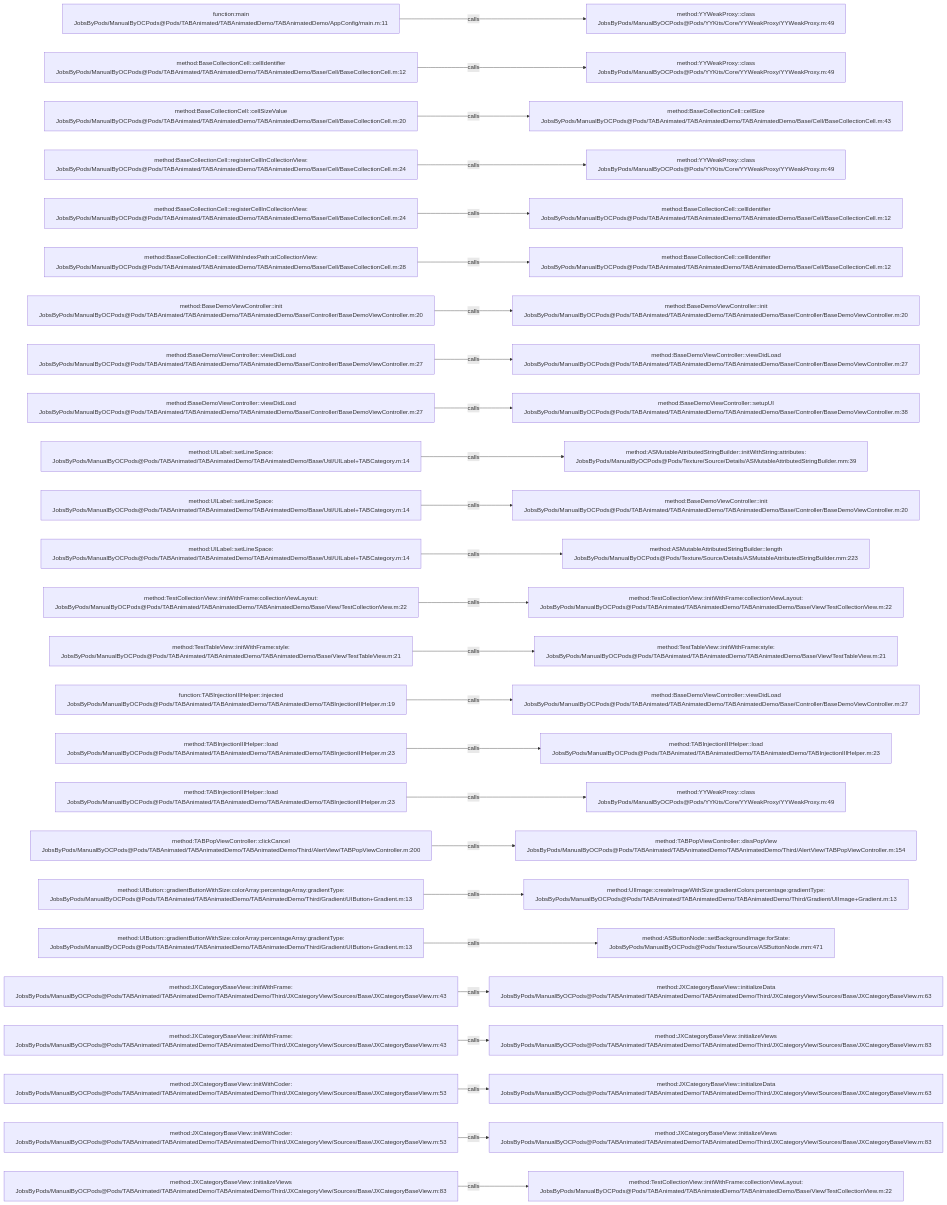
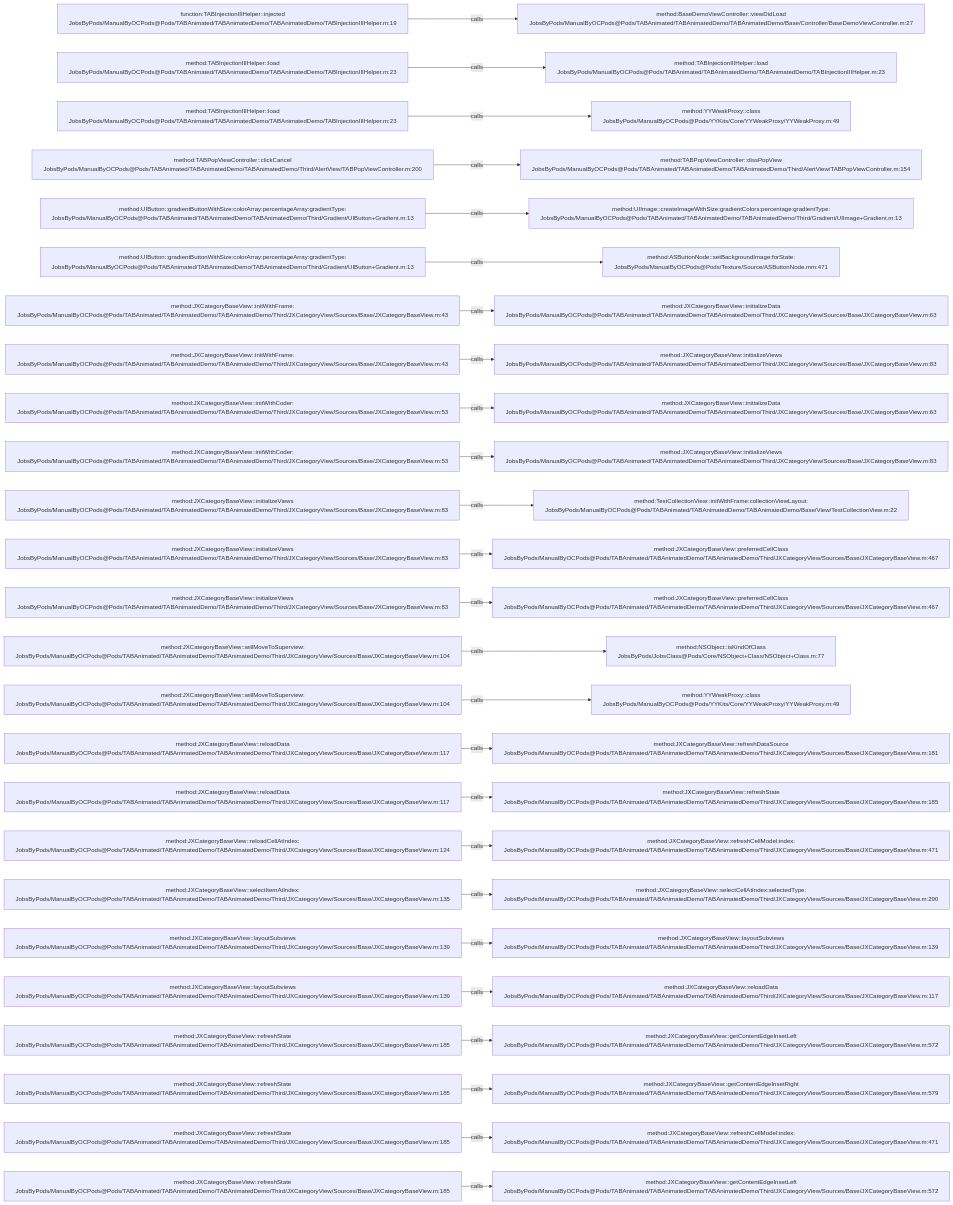
One commit to JobsKits/JobsOCBaseConfigDemo changed the diagram in .codegraph/codegraph.md/graphs/calls-042.md. Above: the diagram before and after it, drawn with Mermaid. The commit also changed 296 other files, not shown here.

````diff
--- a/.codegraph/codegraph.md/graphs/calls-042.md
+++ b/.codegraph/codegraph.md/graphs/calls-042.md
@@ -13,78 +13,78 @@
 ```mermaid
 flowchart LR
-  S1["function:main<br/>JobsByPods/ManualByOCPods@Pods/TABAnimated/TABAnimatedDemo/TABAnimatedDemo/AppConfig/main.m:11"]
-  T1["method:YYWeakProxy::class<br/>JobsByPods/ManualByOCPods@Pods/YYKits/Core/YYWeakProxy/YYWeakProxy.m:49"]
+  S1["function:TABInjectionIIIHelper::injected<br/>JobsByPods/ManualByOCPods@Pods/TABAnimated/TABAnimatedDemo/TABAnimatedDemo/TABInjectionIIIHelper.m:19"]
+  T1["method:BaseDemoViewController::viewDidLoad<br/>JobsByPods/ManualByOCPods@Pods/TABAnimated/TABAnimatedDemo/TABAnimatedDemo/Base/Controller/BaseDemoViewController.m:27"]
   S1 -->|calls| T1
-  S2["method:BaseCollectionCell::cellIdentifier<br/>JobsByPods/ManualByOCPods@Pods/TABAnimated/TABAnimatedDemo/TABAnimatedDemo/Base/Cell/BaseCollectionCell.m:12"]
-  T2["method:YYWeakProxy::class<br/>JobsByPods/ManualByOCPods@Pods/YYKits/Core/YYWeakProxy/YYWeakProxy.m:49"]
+  S2["method:TABInjectionIIIHelper::load<br/>JobsByPods/ManualByOCPods@Pods/TABAnimated/TABAnimatedDemo/TABAnimatedDemo/TABInjectionIIIHelper.m:23"]
+  T2["method:TABInjectionIIIHelper::load<br/>JobsByPods/ManualByOCPods@Pods/TABAnimated/TABAnimatedDemo/TABAnimatedDemo/TABInjectionIIIHelper.m:23"]
   S2 -->|calls| T2
-  S3["method:BaseCollectionCell::cellSizeValue<br/>JobsByPods/ManualByOCPods@Pods/TABAnimated/TABAnimatedDemo/TABAnimatedDemo/Base/Cell/BaseCollectionCell.m:20"]
-  T3["method:BaseCollectionCell::cellSize<br/>JobsByPods/ManualByOCPods@Pods/TABAnimated/TABAnimatedDemo/TABAnimatedDemo/Base/Cell/BaseCollectionCell.m:43"]
+  S3["method:TABInjectionIIIHelper::load<br/>JobsByPods/ManualByOCPods@Pods/TABAnimated/TABAnimatedDemo/TABAnimatedDemo/TABInjectionIIIHelper.m:23"]
+  T3["method:YYWeakProxy::class<br/>JobsByPods/ManualByOCPods@Pods/YYKits/Core/YYWeakProxy/YYWeakProxy.m:49"]
   S3 -->|calls| T3
-  S4["method:BaseCollectionCell::registerCellInCollectionView:<br/>JobsByPods/ManualByOCPods@Pods/TABAnimated/TABAnimatedDemo/TABAnimatedDemo/Base/Cell/BaseCollectionCell.m:24"]
-  T4["method:YYWeakProxy::class<br/>JobsByPods/ManualByOCPods@Pods/YYKits/Core/YYWeakProxy/YYWeakProxy.m:49"]
+  S4["method:TABPopViewController::clickCancel<br/>JobsByPods/ManualByOCPods@Pods/TABAnimated/TABAnimatedDemo/TABAnimatedDemo/Third/AlertView/TABPopViewController.m:200"]
+  T4["method:TABPopViewController::dissPopView<br/>JobsByPods/ManualByOCPods@Pods/TABAnimated/TABAnimatedDemo/TABAnimatedDemo/Third/AlertView/TABPopViewController.m:154"]
   S4 -->|calls| T4
-  S5["method:BaseCollectionCell::registerCellInCollectionView:<br/>JobsByPods/ManualByOCPods@Pods/TABAnimated/TABAnimatedDemo/TABAnimatedDemo/Base/Cell/BaseCollectionCell.m:24"]
-  T5["method:BaseCollectionCell::cellIdentifier<br/>JobsByPods/ManualByOCPods@Pods/TABAnimated/TABAnimatedDemo/TABAnimatedDemo/Base/Cell/BaseCollectionCell.m:12"]
+  S5["method:UIButton::gradientButtonWithSize:colorArray:percentageArray:gradientType:<br/>JobsByPods/ManualByOCPods@Pods/TABAnimated/TABAnimatedDemo/TABAnimatedDemo/Third/Gradient/UIButton+Gradient.m:13"]
+  T5["method:UIImage::createImageWithSize:gradientColors:percentage:gradientType:<br/>JobsByPods/ManualByOCPods@Pods/TABAnimated/TABAnimatedDemo/TABAnimatedDemo/Third/Gradient/UIImage+Gradient.m:13"]
   S5 -->|calls| T5
-  S6["method:BaseCollectionCell::cellWithIndexPath:atCollectionView:<br/>JobsByPods/ManualByOCPods@Pods/TABAnimated/TABAnimatedDemo/TABAnimatedDemo/Base/Cell/BaseCollectionCell.m:28"]
-  T6["method:BaseCollectionCell::cellIdentifier<br/>JobsByPods/ManualByOCPods@Pods/TABAnimated/TABAnimatedDemo/TABAnimatedDemo/Base/Cell/BaseCollectionCell.m:12"]
+  S6["method:UIButton::gradientButtonWithSize:colorArray:percentageArray:gradientType:<br/>JobsByPods/ManualByOCPods@Pods/TABAnimated/TABAnimatedDemo/TABAnimatedDemo/Third/Gradient/UIButton+Gradient.m:13"]
+  T6["method:ASButtonNode::setBackgroundImage:forState:<br/>JobsByPods/ManualByOCPods@Pods/Texture/Source/ASButtonNode.mm:471"]
   S6 -->|calls| T6
-  S7["method:BaseDemoViewController::init<br/>JobsByPods/ManualByOCPods@Pods/TABAnimated/TABAnimatedDemo/TABAnimatedDemo/Base/Controller/BaseDemoViewController.m:20"]
-  T7["method:BaseDemoViewController::init<br/>JobsByPods/ManualByOCPods@Pods/TABAnimated/TABAnimatedDemo/TABAnimatedDemo/Base/Controller/BaseDemoViewController.m:20"]
+  S7["method:JXCategoryBaseView::initWithFrame:<br/>JobsByPods/ManualByOCPods@Pods/TABAnimated/TABAnimatedDemo/TABAnimatedDemo/Third/JXCategoryView/Sources/Base/JXCategoryBaseView.m:43"]
+  T7["method:JXCategoryBaseView::initializeData<br/>JobsByPods/ManualByOCPods@Pods/TABAnimated/TABAnimatedDemo/TABAnimatedDemo/Third/JXCategoryView/Sources/Base/JXCategoryBaseView.m:63"]
   S7 -->|calls| T7
-  S8["method:BaseDemoViewController::viewDidLoad<br/>JobsByPods/ManualByOCPods@Pods/TABAnimated/TABAnimatedDemo/TABAnimatedDemo/Base/Controller/BaseDemoViewController.m:27"]
-  T8["method:BaseDemoViewController::viewDidLoad<br/>JobsByPods/ManualByOCPods@Pods/TABAnimated/TABAnimatedDemo/TABAnimatedDemo/Base/Controller/BaseDemoViewController.m:27"]
+  S8["method:JXCategoryBaseView::initWithFrame:<br/>JobsByPods/ManualByOCPods@Pods/TABAnimated/TABAnimatedDemo/TABAnimatedDemo/Third/JXCategoryView/Sources/Base/JXCategoryBaseView.m:43"]
+  T8["method:JXCategoryBaseView::initializeViews<br/>JobsByPods/ManualByOCPods@Pods/TABAnimated/TABAnimatedDemo/TABAnimatedDemo/Third/JXCategoryView/Sources/Base/JXCategoryBaseView.m:83"]
   S8 -->|calls| T8
-  S9["method:BaseDemoViewController::viewDidLoad<br/>JobsByPods/ManualByOCPods@Pods/TABAnimated/TABAnimatedDemo/TABAnimatedDemo/Base/Controller/BaseDemoViewController.m:27"]
-  T9["method:BaseDemoViewController::setupUI<br/>JobsByPods/ManualByOCPods@Pods/TABAnimated/TABAnimatedDemo/TABAnimatedDemo/Base/Controller/BaseDemoViewController.m:38"]
+  S9["method:JXCategoryBaseView::initWithCoder:<br/>JobsByPods/ManualByOCPods@Pods/TABAnimated/TABAnimatedDemo/TABAnimatedDemo/Third/JXCategoryView/Sources/Base/JXCategoryBaseView.m:53"]
+  T9["method:JXCategoryBaseView::initializeData<br/>JobsByPods/ManualByOCPods@Pods/TABAnimated/TABAnimatedDemo/TABAnimatedDemo/Third/JXCategoryView/Sources/Base/JXCategoryBaseView.m:63"]
   S9 -->|calls| T9
-  S10["method:UILabel::setLineSpace:<br/>JobsByPods/ManualByOCPods@Pods/TABAnimated/TABAnimatedDemo/TABAnimatedDemo/Base/Util/UILabel+TABCategory.m:14"]
-  T10["method:ASMutableAttributedStringBuilder::initWithString:attributes:<br/>JobsByPods/ManualByOCPods@Pods/Texture/Source/Details/ASMutableAttributedStringBuilder.mm:39"]
+  S10["method:JXCategoryBaseView::initWithCoder:<br/>JobsByPods/ManualByOCPods@Pods/TABAnimated/TABAnimatedDemo/TABAnimatedDemo/Third/JXCategoryView/Sources/Base/JXCategoryBaseView.m:53"]
+  T10["method:JXCategoryBaseView::initializeViews<br/>JobsByPods/ManualByOCPods@Pods/TABAnimated/TABAnimatedDemo/TABAnimatedDemo/Third/JXCategoryView/Sources/Base/JXCategoryBaseView.m:83"]
   S10 -->|calls| T10
-  S11["method:UILabel::setLineSpace:<br/>JobsByPods/ManualByOCPods@Pods/TABAnimated/TABAnimatedDemo/TABAnimatedDemo/Base/Util/UILabel+TABCategory.m:14"]
-  T11["method:BaseDemoViewController::init<br/>JobsByPods/ManualByOCPods@Pods/TABAnimated/TABAnimatedDemo/TABAnimatedDemo/Base/Controller/BaseDemoViewController.m:20"]
+  S11["method:JXCategoryBaseView::initializeViews<br/>JobsByPods/ManualByOCPods@Pods/TABAnimated/TABAnimatedDemo/TABAnimatedDemo/Third/JXCategoryView/Sources/Base/JXCategoryBaseView.m:83"]
+  T11["method:TestCollectionView::initWithFrame:collectionViewLayout:<br/>JobsByPods/ManualByOCPods@Pods/TABAnimated/TABAnimatedDemo/TABAnimatedDemo/Base/View/TestCollectionView.m:22"]
   S11 -->|calls| T11
-  S12["method:UILabel::setLineSpace:<br/>JobsByPods/ManualByOCPods@Pods/TABAnimated/TABAnimatedDemo/TABAnimatedDemo/Base/Util/UILabel+TABCategory.m:14"]
-  T12["method:ASMutableAttributedStringBuilder::length<br/>JobsByPods/ManualByOCPods@Pods/Texture/Source/Details/ASMutableAttributedStringBuilder.mm:223"]
+  S12["method:JXCategoryBaseView::initializeViews<br/>JobsByPods/ManualByOCPods@Pods/TABAnimated/TABAnimatedDemo/TABAnimatedDemo/Third/JXCategoryView/Sources/Base/JXCategoryBaseView.m:83"]
+  T12["method:JXCategoryBaseView::preferredCellClass<br/>JobsByPods/ManualByOCPods@Pods/TABAnimated/TABAnimatedDemo/TABAnimatedDemo/Third/JXCategoryView/Sources/Base/JXCategoryBaseView.m:467"]
   S12 -->|calls| T12
-  S13["method:TestCollectionView::initWithFrame:collectionViewLayout:<br/>JobsByPods/ManualByOCPods@Pods/TABAnimated/TABAnimatedDemo/TABAnimatedDemo/Base/View/TestCollectionView.m:22"]
-  T13["method:TestCollectionView::initWithFrame:collectionViewLayout:<br/>JobsByPods/ManualByOCPods@Pods/TABAnimated/TABAnimatedDemo/TABAnimatedDemo/Base/View/TestCollectionView.m:22"]
+  S13["method:JXCategoryBaseView::initializeViews<br/>JobsByPods/ManualByOCPods@Pods/TABAnimated/TABAnimatedDemo/TABAnimatedDemo/Third/JXCategoryView/Sources/Base/JXCategoryBaseView.m:83"]
+  T13["method:JXCategoryBaseView::preferredCellClass<br/>JobsByPods/ManualByOCPods@Pods/TABAnimated/TABAnimatedDemo/TABAnimatedDemo/Third/JXCategoryView/Sources/Base/JXCategoryBaseView.m:467"]
   S13 -->|calls| T13
-  S14["method:TestTableView::initWithFrame:style:<br/>JobsByPods/ManualByOCPods@Pods/TABAnimated/TABAnimatedDemo/TABAnimatedDemo/Base/View/TestTableView.m:21"]
-  T14["method:TestTableView::initWithFrame:style:<br/>JobsByPods/ManualByOCPods@Pods/TABAnimated/TABAnimatedDemo/TABAnimatedDemo/Base/View/TestTableView.m:21"]
+  S14["method:JXCategoryBaseView::willMoveToSuperview:<br/>JobsByPods/ManualByOCPods@Pods/TABAnimated/TABAnimatedDemo/TABAnimatedDemo/Third/JXCategoryView/Sources/Base/JXCategoryBaseView.m:104"]
+  T14["method:NSObject::isKindOfClass<br/>JobsByPods/JobsClass@Pods/Core/NSObject+Class/NSObject+Class.m:77"]
   S14 -->|calls| T14
-  S15["function:TABInjectionIIIHelper::injected<br/>JobsByPods/ManualByOCPods@Pods/TABAnimated/TABAnimatedDemo/TABAnimatedDemo/TABInjectionIIIHelper.m:19"]
-  T15["method:BaseDemoViewController::viewDidLoad<br/>JobsByPods/ManualByOCPods@Pods/TABAnimated/TABAnimatedDemo/TABAnimatedDemo/Base/Controller/BaseDemoViewController.m:27"]
+  S15["method:JXCategoryBaseView::willMoveToSuperview:<br/>JobsByPods/ManualByOCPods@Pods/TABAnimated/TABAnimatedDemo/TABAnimatedDemo/Third/JXCategoryView/Sources/Base/JXCategoryBaseView.m:104"]
+  T15["method:YYWeakProxy::class<br/>JobsByPods/ManualByOCPods@Pods/YYKits/Core/YYWeakProxy/YYWeakProxy.m:49"]
   S15 -->|calls| T15
-  S16["method:TABInjectionIIIHelper::load<br/>JobsByPods/ManualByOCPods@Pods/TABAnimated/TABAnimatedDemo/TABAnimatedDemo/TABInjectionIIIHelper.m:23"]
-  T16["method:TABInjectionIIIHelper::load<br/>JobsByPods/ManualByOCPods@Pods/TABAnimated/TABAnimatedDemo/TABAnimatedDemo/TABInjectionIIIHelper.m:23"]
+  S16["method:JXCategoryBaseView::reloadData<br/>JobsByPods/ManualByOCPods@Pods/TABAnimated/TABAnimatedDemo/TABAnimatedDemo/Third/JXCategoryView/Sources/Base/JXCategoryBaseView.m:117"]
+  T16["method:JXCategoryBaseView::refreshDataSource<br/>JobsByPods/ManualByOCPods@Pods/TABAnimated/TABAnimatedDemo/TABAnimatedDemo/Third/JXCategoryView/Sources/Base/JXCategoryBaseView.m:181"]
   S16 -->|calls| T16
-  S17["method:TABInjectionIIIHelper::load<br/>JobsByPods/ManualByOCPods@Pods/TABAnimated/TABAnimatedDemo/TABAnimatedDemo/TABInjectionIIIHelper.m:23"]
-  T17["method:YYWeakProxy::class<br/>JobsByPods/ManualByOCPods@Pods/YYKits/Core/YYWeakProxy/YYWeakProxy.m:49"]
+  S17["method:JXCategoryBaseView::reloadData<br/>JobsByPods/ManualByOCPods@Pods/TABAnimated/TABAnimatedDemo/TABAnimatedDemo/Third/JXCategoryView/Sources/Base/JXCategoryBaseView.m:117"]
+  T17["method:JXCategoryBaseView::refreshState<br/>JobsByPods/ManualByOCPods@Pods/TABAnimated/TABAnimatedDemo/TABAnimatedDemo/Third/JXCategoryView/Sources/Base/JXCategoryBaseView.m:185"]
   S17 -->|calls| T17
-  S18["method:TABPopViewController::clickCancel<br/>JobsByPods/ManualByOCPods@Pods/TABAnimated/TABAnimatedDemo/TABAnimatedDemo/Third/AlertView/TABPopViewController.m:200"]
-  T18["method:TABPopViewController::dissPopView<br/>JobsByPods/ManualByOCPods@Pods/TABAnimated/TABAnimatedDemo/TABAnimatedDemo/Third/AlertView/TABPopViewController.m:154"]
+  S18["method:JXCategoryBaseView::reloadCellAtIndex:<br/>JobsByPods/ManualByOCPods@Pods/TABAnimated/TABAnimatedDemo/TABAnimatedDemo/Third/JXCategoryView/Sources/Base/JXCategoryBaseView.m:124"]
+  T18["method:JXCategoryBaseView::refreshCellModel:index:<br/>JobsByPods/ManualByOCPods@Pods/TABAnimated/TABAnimatedDemo/TABAnimatedDemo/Third/JXCategoryView/Sources/Base/JXCategoryBaseView.m:471"]
   S18 -->|calls| T18
-  S19["method:UIButton::gradientButtonWithSize:colorArray:percentageArray:gradientType:<br/>JobsByPods/ManualByOCPods@Pods/TABAnimated/TABAnimatedDemo/TABAnimatedDemo/Third/Gradient/UIButton+Gradient.m:13"]
-  T19["method:UIImage::createImageWithSize:gradientColors:percentage:gradientType:<br/>JobsByPods/ManualByOCPods@Pods/TABAnimated/TABAnimatedDemo/TABAnimatedDemo/Third/Gradient/UIImage+Gradient.m:13"]
+  S19["method:JXCategoryBaseView::selectItemAtIndex:<br/>JobsByPods/ManualByOCPods@Pods/TABAnimated/TABAnimatedDemo/TABAnimatedDemo/Third/JXCategoryView/Sources/Base/JXCategoryBaseView.m:135"]
+  T19["method:JXCategoryBaseView::selectCellAtIndex:selectedType:<br/>JobsByPods/ManualByOCPods@Pods/TABAnimated/TABAnimatedDemo/TABAnimatedDemo/Third/JXCategoryView/Sources/Base/JXCategoryBaseView.m:290"]
   S19 -->|calls| T19
-  S20["method:UIButton::gradientButtonWithSize:colorArray:percentageArray:gradientType:<br/>JobsByPods/ManualByOCPods@Pods/TABAnimated/TABAnimatedDemo/TABAnimatedDemo/Third/Gradient/UIButton+Gradient.m:13"]
-  T20["method:ASButtonNode::setBackgroundImage:forState:<br/>JobsByPods/ManualByOCPods@Pods/Texture/Source/ASButtonNode.mm:471"]
+  S20["method:JXCategoryBaseView::layoutSubviews<br/>JobsByPods/ManualByOCPods@Pods/TABAnimated/TABAnimatedDemo/TABAnimatedDemo/Third/JXCategoryView/Sources/Base/JXCategoryBaseView.m:139"]
+  T20["method:JXCategoryBaseView::layoutSubviews<br/>JobsByPods/ManualByOCPods@Pods/TABAnimated/TABAnimatedDemo/TABAnimatedDemo/Third/JXCategoryView/Sources/Base/JXCategoryBaseView.m:139"]
   S20 -->|calls| T20
-  S21["method:JXCategoryBaseView::initWithFrame:<br/>JobsByPods/ManualByOCPods@Pods/TABAnimated/TABAnimatedDemo/TABAnimatedDemo/Third/JXCategoryView/Sources/Base/JXCategoryBaseView.m:43"]
-  T21["method:JXCategoryBaseView::initializeData<br/>JobsByPods/ManualByOCPods@Pods/TABAnimated/TABAnimatedDemo/TABAnimatedDemo/Third/JXCategoryView/Sources/Base/JXCategoryBaseView.m:63"]
+  S21["method:JXCategoryBaseView::layoutSubviews<br/>JobsByPods/ManualByOCPods@Pods/TABAnimated/TABAnimatedDemo/TABAnimatedDemo/Third/JXCategoryView/Sources/Base/JXCategoryBaseView.m:139"]
+  T21["method:JXCategoryBaseView::reloadData<br/>JobsByPods/ManualByOCPods@Pods/TABAnimated/TABAnimatedDemo/TABAnimatedDemo/Third/JXCategoryView/Sources/Base/JXCategoryBaseView.m:117"]
   S21 -->|calls| T21
-  S22["method:JXCategoryBaseView::initWithFrame:<br/>JobsByPods/ManualByOCPods@Pods/TABAnimated/TABAnimatedDemo/TABAnimatedDemo/Third/JXCategoryView/Sources/Base/JXCategoryBaseView.m:43"]
-  T22["method:JXCategoryBaseView::initializeViews<br/>JobsByPods/ManualByOCPods@Pods/TABAnimated/TABAnimatedDemo/TABAnimatedDemo/Third/JXCategoryView/Sources/Base/JXCategoryBaseView.m:83"]
+  S22["method:JXCategoryBaseView::refreshState<br/>JobsByPods/ManualByOCPods@Pods/TABAnimated/TABAnimatedDemo/TABAnimatedDemo/Third/JXCategoryView/Sources/Base/JXCategoryBaseView.m:185"]
+  T22["method:JXCategoryBaseView::getContentEdgeInsetLeft<br/>JobsByPods/ManualByOCPods@Pods/TABAnimated/TABAnimatedDemo/TABAnimatedDemo/Third/JXCategoryView/Sources/Base/JXCategoryBaseView.m:572"]
   S22 -->|calls| T22
-  S23["method:JXCategoryBaseView::initWithCoder:<br/>JobsByPods/ManualByOCPods@Pods/TABAnimated/TABAnimatedDemo/TABAnimatedDemo/Third/JXCategoryView/Sources/Base/JXCategoryBaseView.m:53"]
-  T23["method:JXCategoryBaseView::initializeData<br/>JobsByPods/ManualByOCPods@Pods/TABAnimated/TABAnimatedDemo/TABAnimatedDemo/Third/JXCategoryView/Sources/Base/JXCategoryBaseView.m:63"]
+  S23["method:JXCategoryBaseView::refreshState<br/>JobsByPods/ManualByOCPods@Pods/TABAnimated/TABAnimatedDemo/TABAnimatedDemo/Third/JXCategoryView/Sources/Base/JXCategoryBaseView.m:185"]
+  T23["method:JXCategoryBaseView::getContentEdgeInsetRight<br/>JobsByPods/ManualByOCPods@Pods/TABAnimated/TABAnimatedDemo/TABAnimatedDemo/Third/JXCategoryView/Sources/Base/JXCategoryBaseView.m:579"]
   S23 -->|calls| T23
-  S24["method:JXCategoryBaseView::initWithCoder:<br/>JobsByPods/ManualByOCPods@Pods/TABAnimated/TABAnimatedDemo/TABAnimatedDemo/Third/JXCategoryView/Sources/Base/JXCategoryBaseView.m:53"]
-  T24["method:JXCategoryBaseView::initializeViews<br/>JobsByPods/ManualByOCPods@Pods/TABAnimated/TABAnimatedDemo/TABAnimatedDemo/Third/JXCategoryView/Sources/Base/JXCategoryBaseView.m:83"]
+  S24["method:JXCategoryBaseView::refreshState<br/>JobsByPods/ManualByOCPods@Pods/TABAnimated/TABAnimatedDemo/TABAnimatedDemo/Third/JXCategoryView/Sources/Base/JXCategoryBaseView.m:185"]
+  T24["method:JXCategoryBaseView::refreshCellModel:index:<br/>JobsByPods/ManualByOCPods@Pods/TABAnimated/TABAnimatedDemo/TABAnimatedDemo/Third/JXCategoryView/Sources/Base/JXCategoryBaseView.m:471"]
   S24 -->|calls| T24
-  S25["method:JXCategoryBaseView::initializeViews<br/>JobsByPods/ManualByOCPods@Pods/TABAnimated/TABAnimatedDemo/TABAnimatedDemo/Third/JXCategoryView/Sources/Base/JXCategoryBaseView.m:83"]
-  T25["method:TestCollectionView::initWithFrame:collectionViewLayout:<br/>JobsByPods/ManualByOCPods@Pods/TABAnimated/TABAnimatedDemo/TABAnimatedDemo/Base/View/TestCollectionView.m:22"]
+  S25["method:JXCategoryBaseView::refreshState<br/>JobsByPods/ManualByOCPods@Pods/TABAnimated/TABAnimatedDemo/TABAnimatedDemo/Third/JXCategoryView/Sources/Base/JXCategoryBaseView.m:185"]
+  T25["method:JXCategoryBaseView::getContentEdgeInsetLeft<br/>JobsByPods/ManualByOCPods@Pods/TABAnimated/TABAnimatedDemo/TABAnimatedDemo/Third/JXCategoryView/Sources/Base/JXCategoryBaseView.m:572"]
   S25 -->|calls| T25
 ```
````
